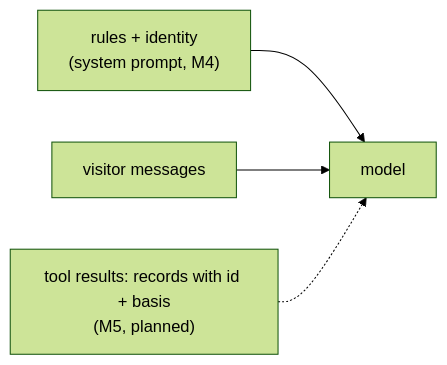
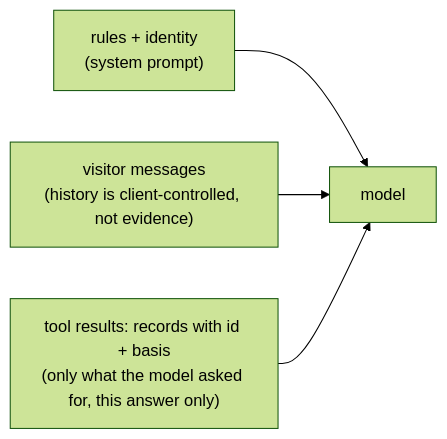
Before and after one commit to promptfolios/promptfolio: the diagram in docs/learning/context-selection.md, drawn with Mermaid (forest theme). The commit also changed other lines of this file and 7 other files, not shown here.

````diff
--- a/docs/learning/context-selection.md
+++ b/docs/learning/context-selection.md
@@ -40,6 +42,6 @@
 ```mermaid
 flowchart LR
-    rules["rules + identity<br/>(system prompt, M4)"] --> model["model"]
-    msgs["visitor messages"] --> model
-    tools["tool results: records with id + basis<br/>(M5, planned)"] -.-> model
+    rules["rules + identity<br/>(system prompt)"] --> model["model"]
+    msgs["visitor messages<br/>(history is client-controlled, not evidence)"] --> model
+    tools["tool results: records with id + basis<br/>(only what the model asked for, this answer only)"] --> model
 ```
````
